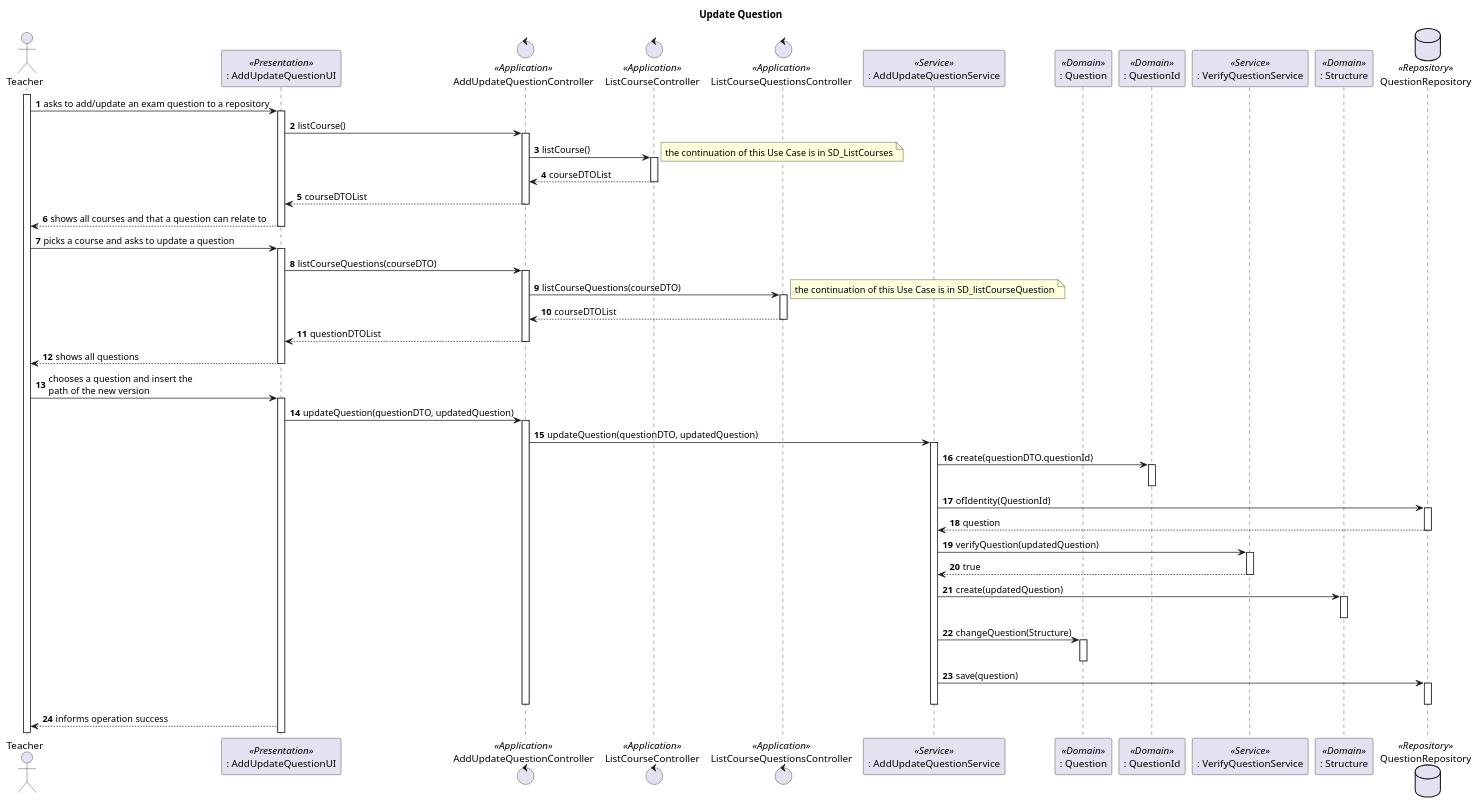
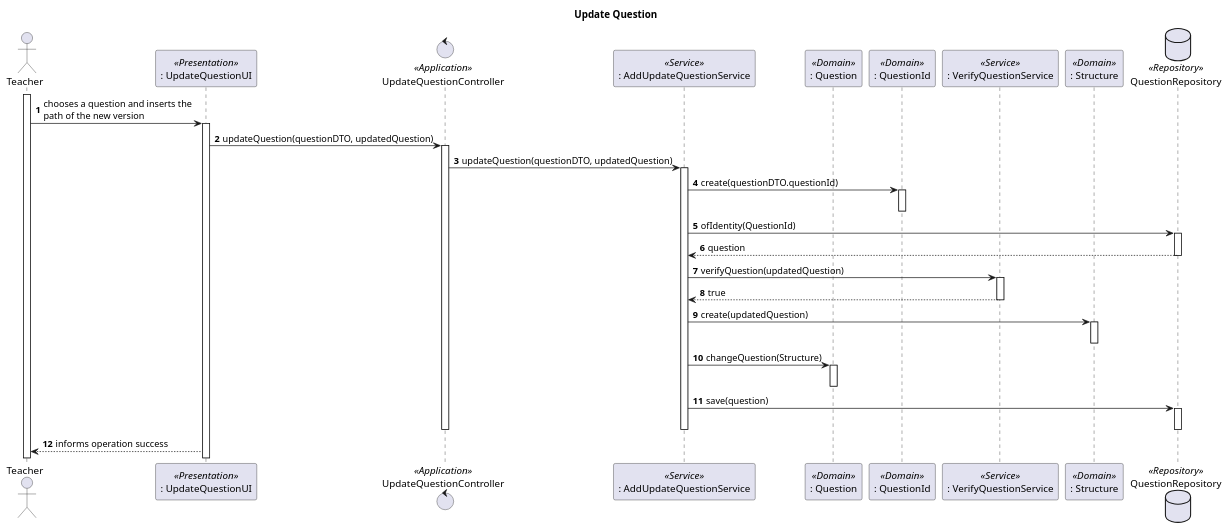
The diagram in docs/Sprint_B/us_2007/us_2007_SD_update.puml (Marco-Nobrega-Andrade/sem4pi_22_23), drawn with PlantUML before and after one commit. The commit also changed 2 other files, not shown here.

```diff
--- a/docs/Sprint_B/us_2007/us_2007_SD_update.puml
+++ b/docs/Sprint_B/us_2007/us_2007_SD_update.puml
@@ -1,85 +1,53 @@
 @startuml
 autonumber
 title Update Question
 
 actor "Teacher" as T
 
-participant ": AddUpdateQuestionUI" as UI <<Presentation>>
-control "AddUpdateQuestionController" as CTRL <<Application>>
-control "ListCourseController" as LCCTRL <<Application>>
-control "ListCourseQuestionsController" as LCQCTRL <<Application>>
+participant ": UpdateQuestionUI" as UI <<Presentation>>
+control "UpdateQuestionController" as CTRL <<Application>>
 participant ": AddUpdateQuestionService" as AUQS <<Service>>
 
 participant ": Question" as Q <<Domain>>
 participant ": QuestionId" as QI <<Domain>>
 participant ": VerifyQuestionService" as VQS <<Service>>
 participant ": Structure" as St <<Domain>>
 database QuestionRepository as QR <<Repository>>
 
 activate T
-T -> UI : asks to add/update an exam question to a repository
-activate UI
-
-UI->CTRL : listCourse()
-activate CTRL
-CTRL -> LCCTRL : listCourse()
-note right: the continuation of this Use Case is in SD_ListCourses
-activate LCCTRL
-LCCTRL --> CTRL : courseDTOList
-deactivate LCCTRL
-CTRL --> UI : courseDTOList
-deactivate CTRL
-UI --> T : shows all courses and that a question can relate to
-deactivate UI
-
-T -> UI : picks a course and asks to update a question
-activate UI
-
-
-UI -> CTRL : listCourseQuestions(courseDTO)
-activate CTRL
-CTRL -> LCQCTRL : listCourseQuestions(courseDTO)
-note right: the continuation of this Use Case is in SD_listCourseQuestion
-activate LCQCTRL
-LCQCTRL --> CTRL : courseDTOList
-deactivate LCQCTRL
-CTRL --> UI : questionDTOList
-deactivate CTRL
-UI --> T : shows all questions
-deactivate UI
-T -> UI : chooses a question and insert the \npath of the new version
+T -> UI : chooses a question and inserts the \npath of the new version
 activate UI
 
 UI -> CTRL : updateQuestion(questionDTO, updatedQuestion)
 activate CTRL
 
 CTRL -> AUQS : updateQuestion(questionDTO, updatedQuestion)
 activate AUQS
 AUQS -> QI : create(questionDTO.questionId)
 activate QI
 deactivate QI
 AUQS -> QR : ofIdentity(QuestionId)
 activate QR
 QR --> AUQS : question
 deactivate QR
 AUQS -> VQS : verifyQuestion(updatedQuestion)
 activate VQS
 VQS --> AUQS : true
 deactivate VQS
 AUQS -> St : create(updatedQuestion)
 activate St
 deactivate St
 AUQS -> Q : changeQuestion(Structure)
 activate Q
 deactivate Q
 
 
 AUQS -> QR : save(question)
 activate QR
 deactivate QR
 deactivate AUQS
 deactivate CTRL
 
 UI--> T : informs operation success
 
 @enduml
```
